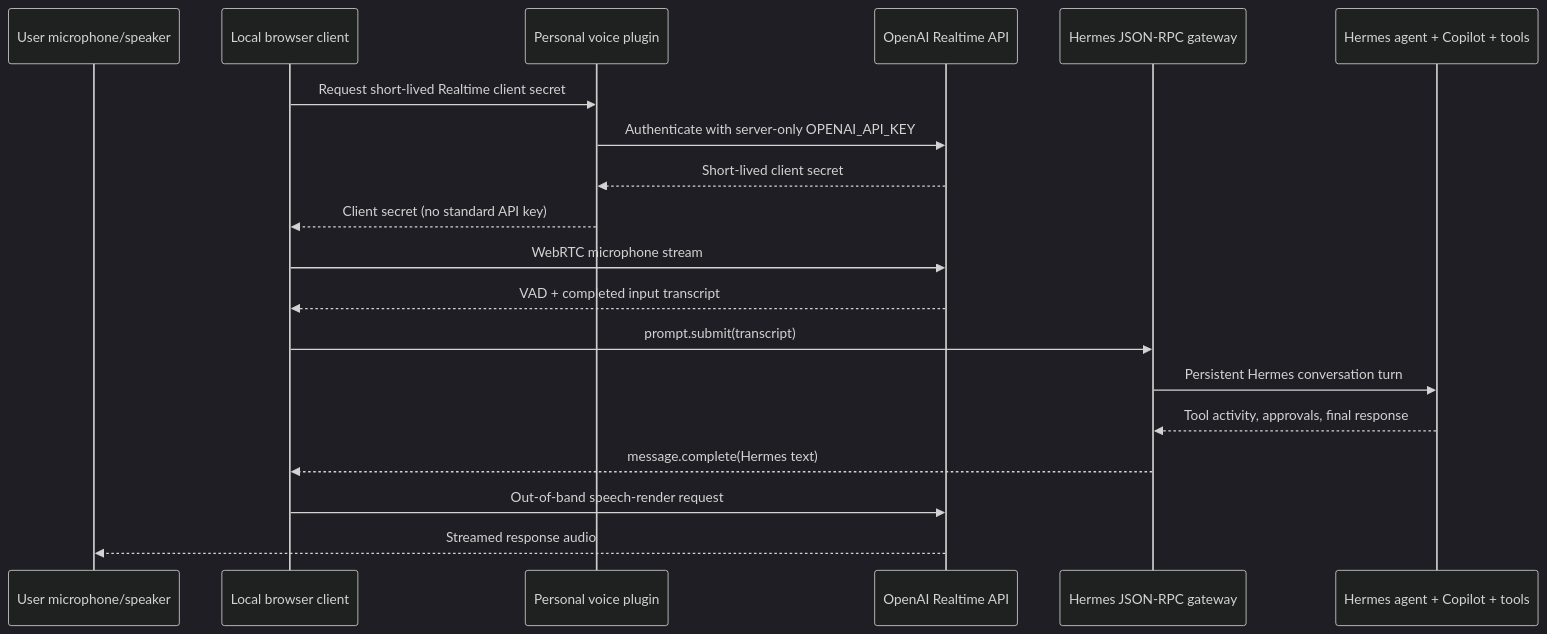
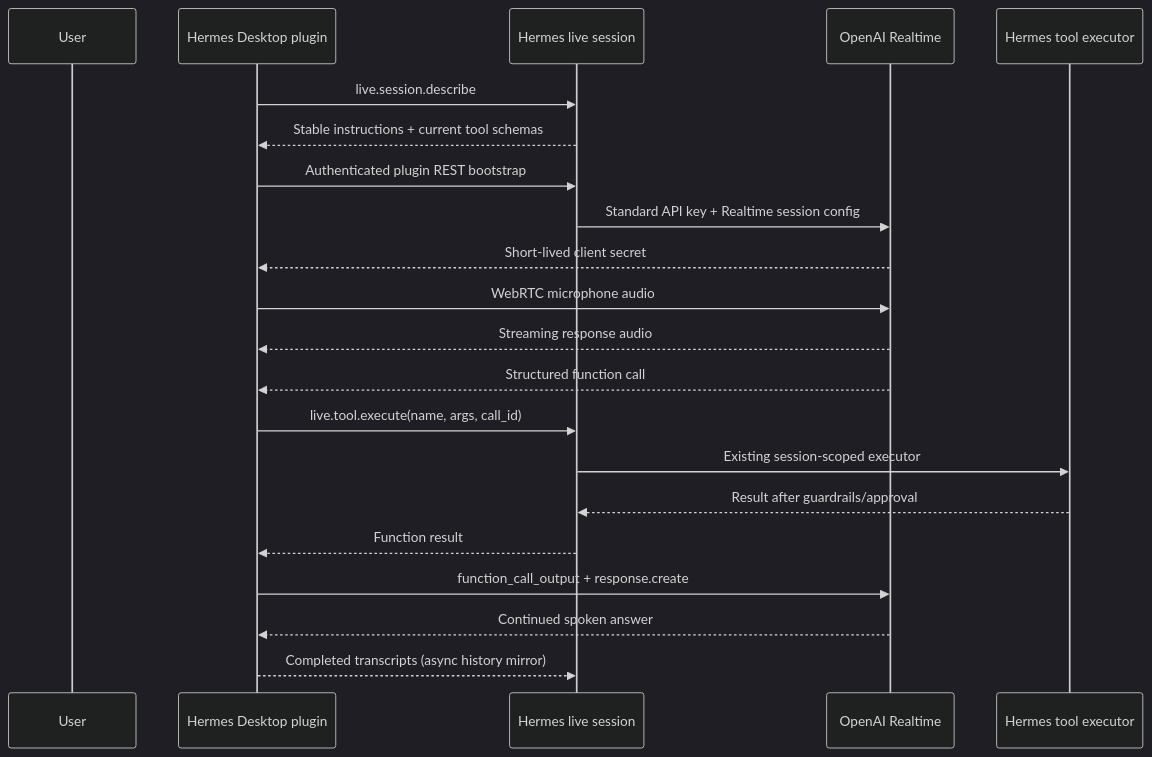
The diagram in personal/docs/realtime-voice-architecture.md (DanAakesen/hermes), drawn with Mermaid (dark theme) before and after one commit. The commit also changed other lines of this file and 26 other files, not shown here.

Commit message:
feat(personal): integrate realtime voice into Hermes Desktop

````diff
--- a/personal/docs/realtime-voice-architecture.md
+++ b/personal/docs/realtime-voice-architecture.md
@@ -24,22 +28,24 @@
 ```mermaid
 sequenceDiagram
-    participant U as User microphone/speaker
-    participant B as Local browser client
-    participant V as Personal voice plugin
-    participant O as OpenAI Realtime API
-    participant H as Hermes JSON-RPC gateway
-    participant A as Hermes agent + Copilot + tools
+    participant U as User
+    participant D as Hermes Desktop plugin
+    participant H as Hermes live session
+    participant O as OpenAI Realtime
+    participant T as Hermes tool executor
 
-    B->>V: Request short-lived Realtime client secret
-    V->>O: Authenticate with server-only OPENAI_API_KEY
-    O-->>V: Short-lived client secret
-    V-->>B: Client secret (no standard API key)
-    B->>O: WebRTC microphone stream
-    O-->>B: VAD + completed input transcript
-    B->>H: prompt.submit(transcript)
-    H->>A: Persistent Hermes conversation turn
-    A-->>H: Tool activity, approvals, final response
-    H-->>B: message.complete(Hermes text)
-    B->>O: Out-of-band speech-render request
-    O-->>U: Streamed response audio
+    D->>H: live.session.describe
+    H-->>D: Stable instructions + current tool schemas
+    D->>H: Authenticated plugin REST bootstrap
+    H->>O: Standard API key + Realtime session config
+    O-->>D: Short-lived client secret
+    D->>O: WebRTC microphone audio
+    O-->>D: Streaming response audio
+    O-->>D: Structured function call
+    D->>H: live.tool.execute(name, args, call_id)
+    H->>T: Existing session-scoped executor
+    T-->>H: Result after guardrails/approval
+    H-->>D: Function result
+    D->>O: function_call_output + response.create
+    O-->>D: Continued spoken answer
+    D-->>H: Completed transcripts (async history mirror)
 ```
````
